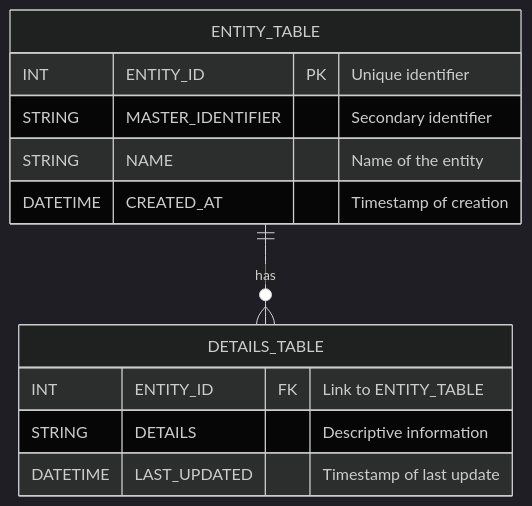
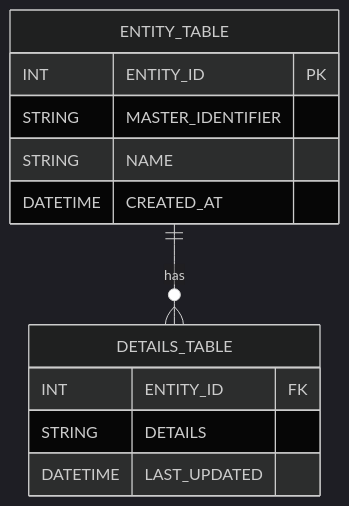
Before and after one commit to nitinkc/nitinkc.github.io: the first of 4 diagrams in _posts/sql/2024-07-07-distributed-db-query-optimization.md, drawn with Mermaid (dark theme). The commit also changed 2 other files, not shown here.

Commit message:
Fix Mermaid ER diagrams: remove quoted field descriptions, normalize relationship labels, and ensure valid syntax across affected posts

````diff
--- a/_posts/sql/2024-07-07-distributed-db-query-optimization.md
+++ b/_posts/sql/2024-07-07-distributed-db-query-optimization.md
@@ -202,17 +202,17 @@
 ```mermaid!
 erDiagram
-    ENTITY_TABLE {
-        INT ENTITY_ID PK "Unique identifier"
-        STRING MASTER_IDENTIFIER "Secondary identifier"
-        STRING NAME "Name of the entity"
-        DATETIME CREATED_AT "Timestamp of creation"
-    }
-    
-    DETAILS_TABLE {
-        INT ENTITY_ID FK "Link to ENTITY_TABLE"
-        STRING DETAILS "Descriptive information"
-        DATETIME LAST_UPDATED "Timestamp of last update"
-    }
-    
-    ENTITY_TABLE ||--o{ DETAILS_TABLE : "has"
+  ENTITY_TABLE {
+    INT ENTITY_ID PK
+    STRING MASTER_IDENTIFIER
+    STRING NAME
+    DATETIME CREATED_AT
+  }
+
+  DETAILS_TABLE {
+    INT ENTITY_ID FK
+    STRING DETAILS
+    DATETIME LAST_UPDATED
+  }
+
+  ENTITY_TABLE ||--o{ DETAILS_TABLE : has
 ```
````
